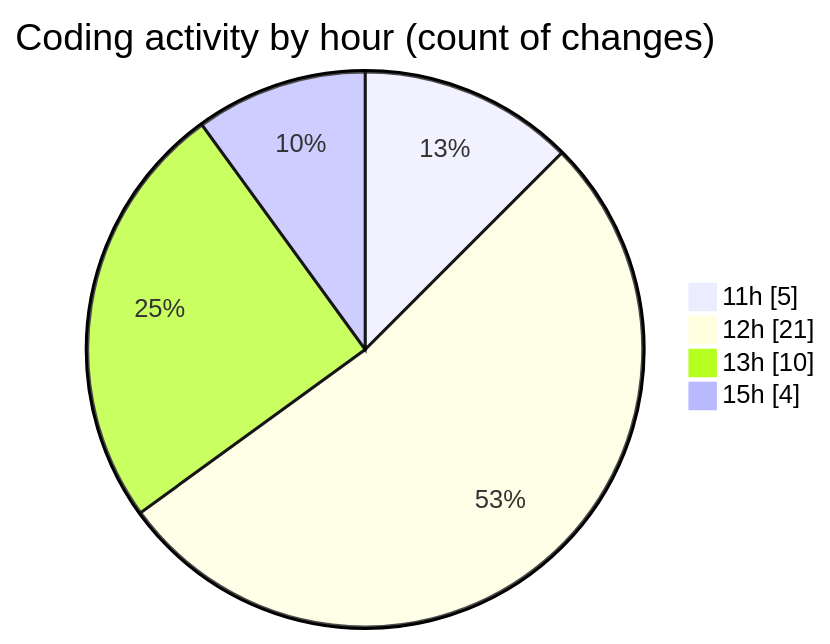
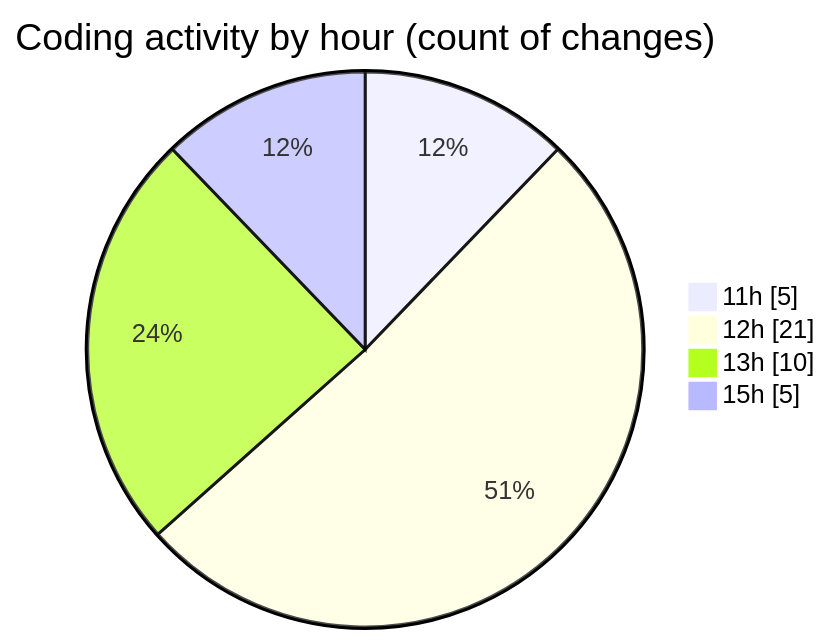
The second of 2 diagrams in 2025-03-11/projet_stage/README.md (Elitesun/code-tracking), drawn with Mermaid before and after one commit. The commit also changed other lines of this file and 1 other file, not shown here.

````diff
--- a/2025-03-11/projet_stage/README.md
+++ b/2025-03-11/projet_stage/README.md
@@ -39,8 +39,8 @@
 ```mermaid
 pie showData
 title Coding activity by hour (count of changes)
 "11h" : 5
 "12h" : 21
 "13h" : 10
-"15h" : 4
+"15h" : 5
 ```
````
